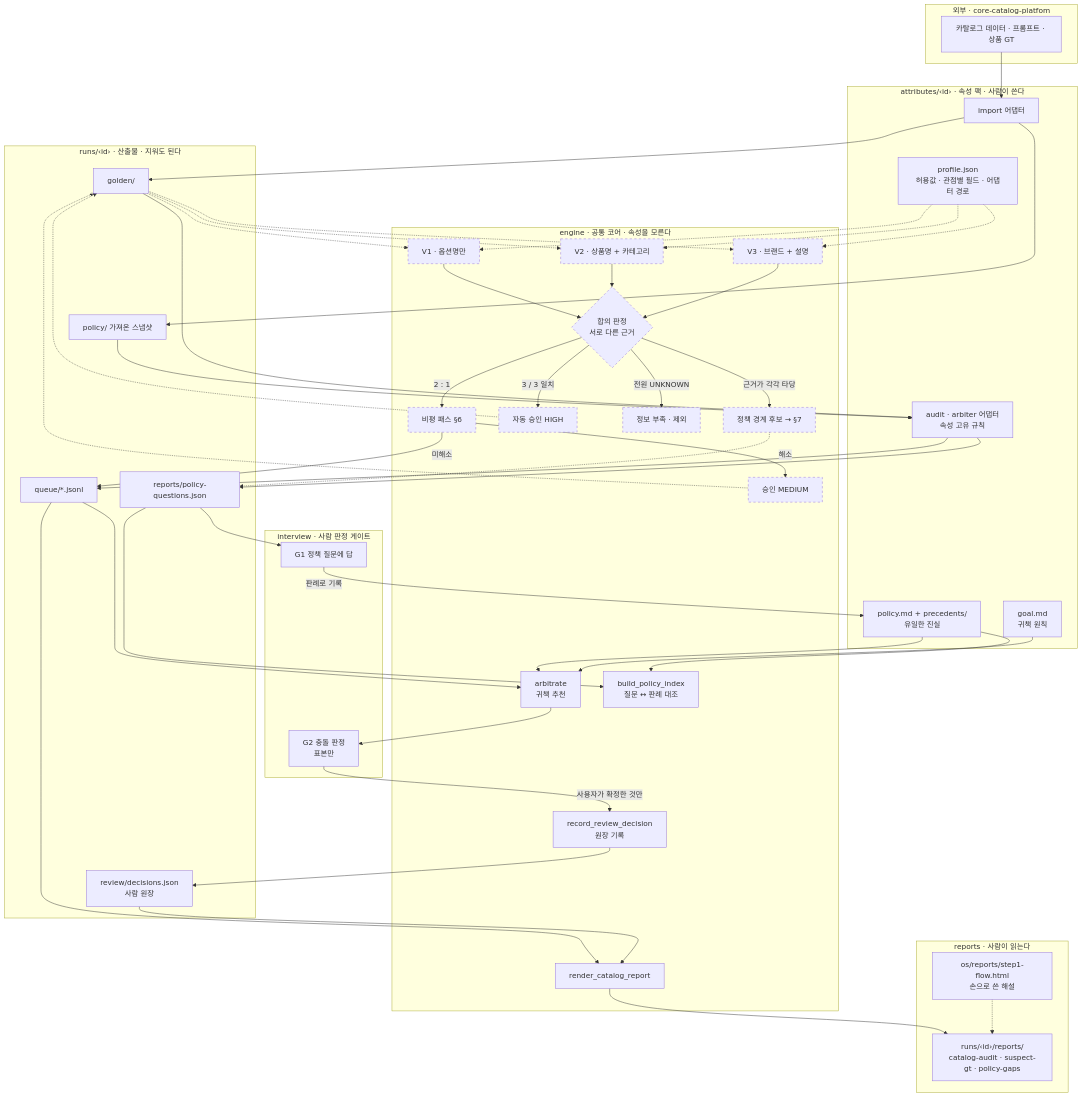
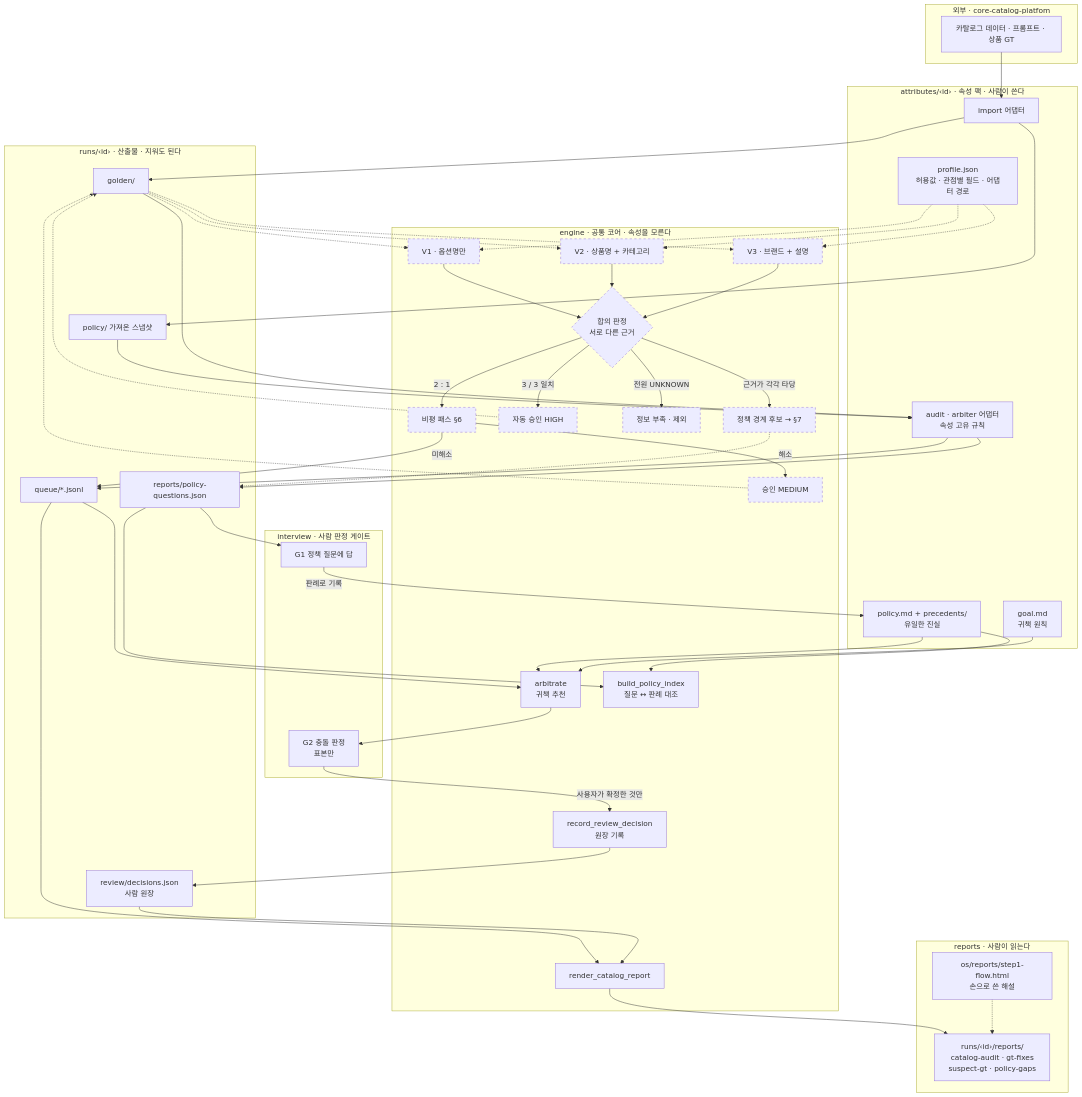
Before and after one commit to mj950425/my-claude-code-os: the second of 8 diagrams in .claude/os/DESIGN.md, drawn with Mermaid. The commit also changed 45 other files, not shown here.

```diff
--- a/.claude/os/DESIGN.md
+++ b/.claude/os/DESIGN.md
@@ -162,7 +162,7 @@
     end
 
     subgraph REP["reports · 사람이 읽는다"]
-        HTML["runs/‹id›/reports/<br/>catalog-audit · suspect-gt · policy-gaps"]
+        HTML["runs/‹id›/reports/<br/>catalog-audit · gt-fixes<br/>suspect-gt · policy-gaps"]
         FLOW["os/reports/step1-flow.html<br/>손으로 쓴 해설"]
     end
 
```
